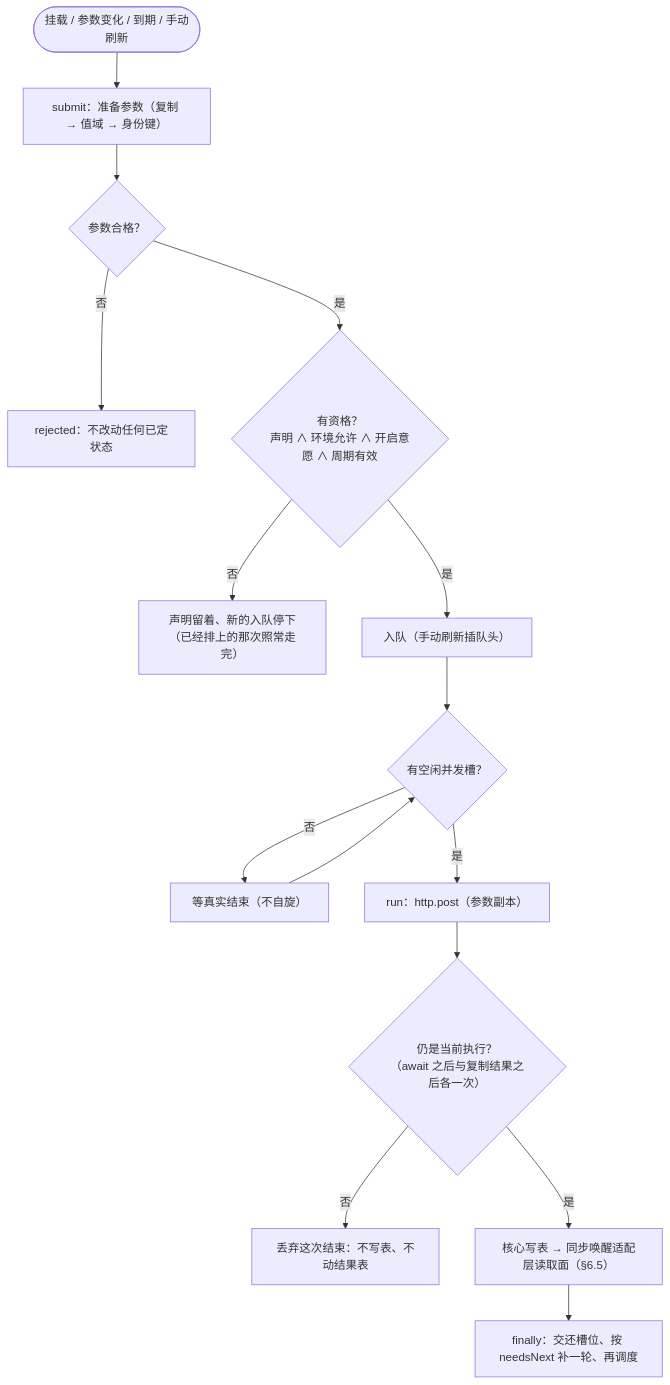
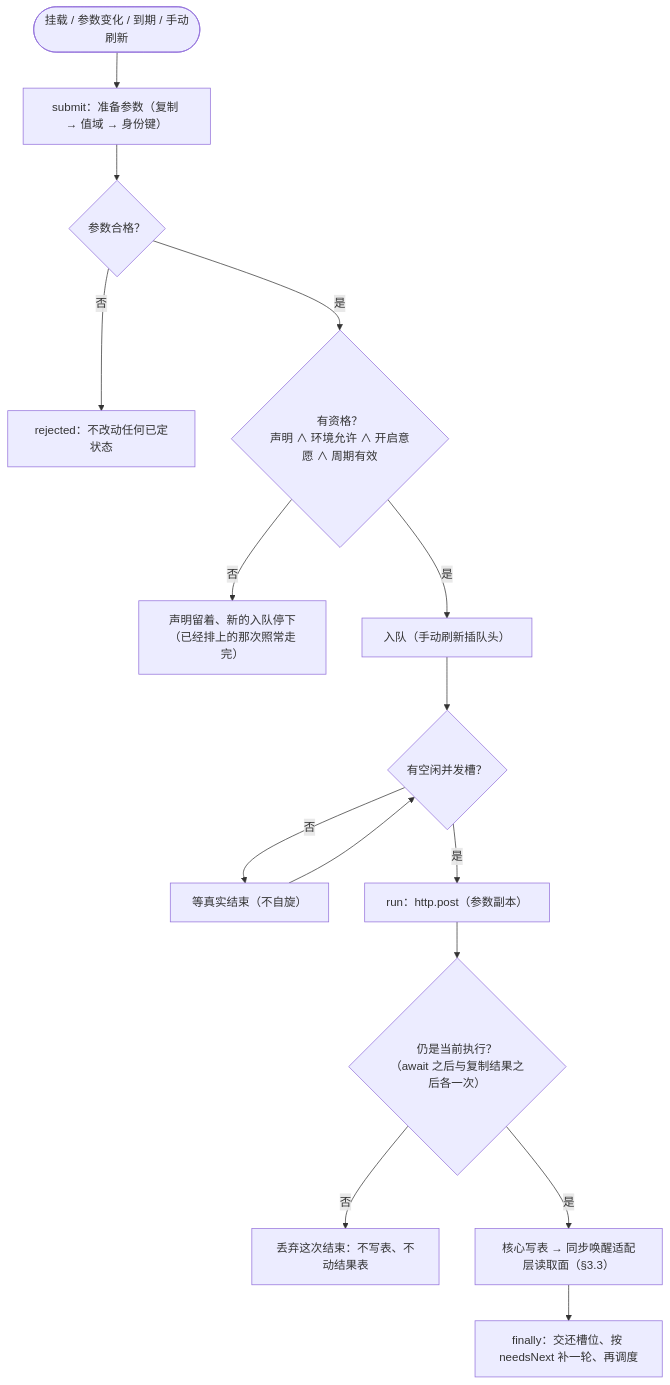
One commit to anjing0524/vue-refresh changed the third of 4 diagrams in DESIGN.md. Above: the diagram before and after it, drawn with Mermaid. The commit also changed other lines of this file and 3 other files, not shown here.

````diff
--- a/DESIGN.md
+++ b/DESIGN.md
@@ -302,17 +324,17 @@
 ```mermaid
 flowchart TD
   Start(["挂载 / 参数变化 / 到期 / 手动刷新"]) --> Prep["submit：准备参数（复制 → 值域 → 身份键）"]
   Prep --> Legal{"参数合格？"}
   Legal -->|"否"| Reject["rejected：不改动任何已定状态"]
   Legal -->|"是"| Eligible{"有资格？<br/>声明 ∧ 环境允许 ∧ 开启意愿 ∧ 周期有效"}
   Eligible -->|"否"| Hold["声明留着、新的入队停下<br/>（已经排上的那次照常走完）"]
   Eligible -->|"是"| Enqueue["入队（手动刷新插队头）"]
   Enqueue --> Slot{"有空闲并发槽？"}
   Slot -->|"否"| Wait["等真实结束（不自旋）"]
   Wait --> Slot
   Slot -->|"是"| Run["run：http.post（参数副本）"]
   Run --> Current{"仍是当前执行？<br/>（await 之后与复制结果之后各一次）"}
   Current -->|"否"| Drop["丢弃这次结束：不写表、不动结果表"]
-  Current -->|"是"| Write["核心写表 → 同步唤醒适配层读取面（§6.5）"]
+  Current -->|"是"| Write["核心写表 → 同步唤醒适配层读取面（§3.3）"]
   Write --> Finish["finally：交还槽位、按 needsNext 补一轮、再调度"]
 ```
````
